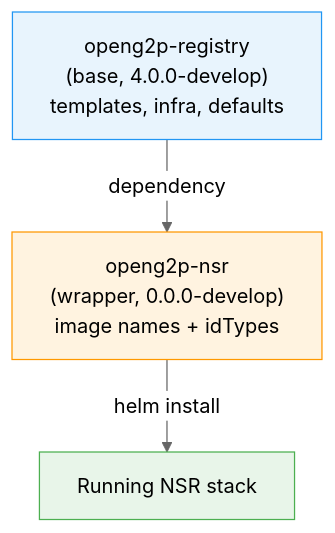
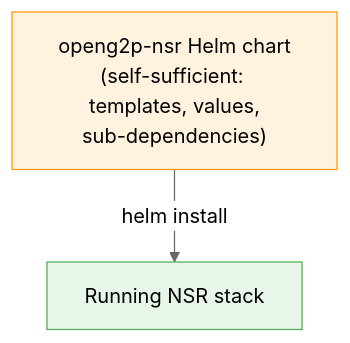
The second of 2 diagrams in products/registry/national-social-registry.md (OpenG2P/openg2p-documentation), drawn with Mermaid (neutral theme) before and after one commit. The commit also changed other lines of this file and 1 other file, not shown here.

Commit message:
Registry code organisation.

````diff
--- a/products/registry/national-social-registry.md
+++ b/products/registry/national-social-registry.md
@@ -139,8 +149,6 @@
 ```mermaid
 graph TD
-    A["openg2p-registry<br/>(base, 4.0.0-develop)<br/>templates, infra, defaults"] -->|dependency| B["openg2p-nsr<br/>(wrapper, 0.0.0-develop)<br/>image names + idTypes"]
-    B -->|helm install| C["Running NSR stack"]
-    style A fill:#e8f4fd,stroke:#2196F3,color:#000
+    B["openg2p-nsr Helm chart<br/>(self-sufficient: templates, values,<br/>sub-dependencies)"] -->|helm install| C["Running NSR stack"]
     style B fill:#fff3e0,stroke:#FF9800,color:#000
     style C fill:#e8f5e9,stroke:#4CAF50,color:#000
 ```
````
